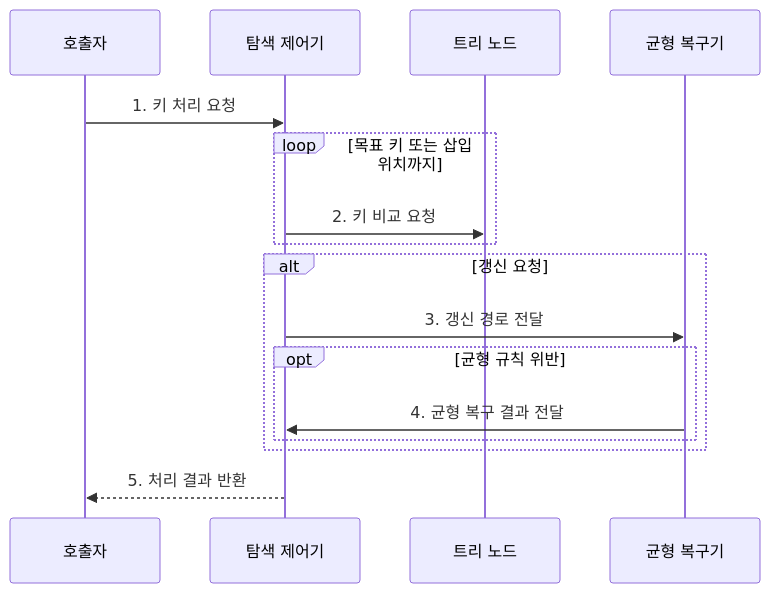
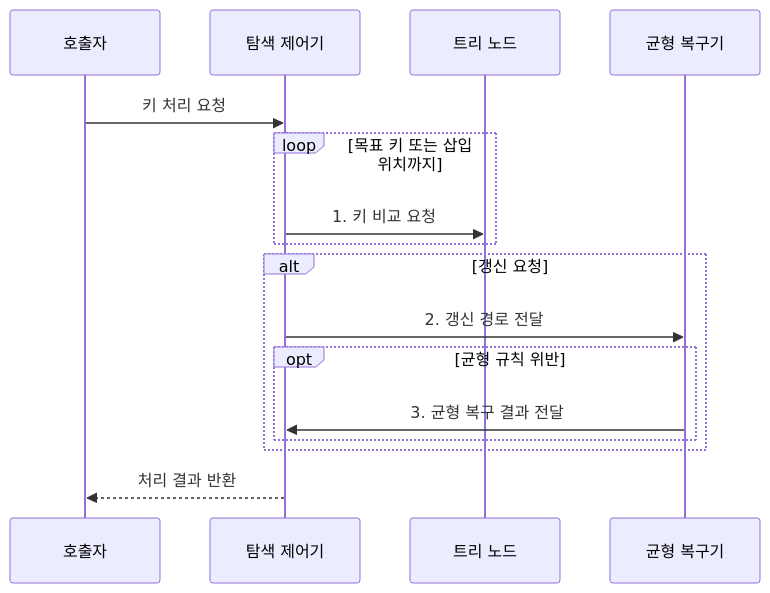
The second of 2 diagrams in src/content/docs/notes/01-basic-theory/008_tree_data_structures.md (agnusdei1207/knowledge-base), drawn with Mermaid before and after one commit. The commit also changed other lines of this file and 17 other files, not shown here.

````diff
--- a/src/content/docs/notes/01-basic-theory/008_tree_data_structures.md
+++ b/src/content/docs/notes/01-basic-theory/008_tree_data_structures.md
@@ -88,18 +88,18 @@
 ```mermaid
 sequenceDiagram
     participant Q as 호출자
     participant T as 탐색 제어기
     participant N as 트리 노드
     participant B as 균형 복구기
-    Q->>T: 1. 키 처리 요청
+    Q->>T: 키 처리 요청
     loop 목표 키 또는 삽입 위치까지
-        T->>N: 2. 키 비교 요청
+        T->>N: 1. 키 비교 요청
     end
     alt 갱신 요청
-        T->>B: 3. 갱신 경로 전달
+        T->>B: 2. 갱신 경로 전달
         opt 균형 규칙 위반
-            B->>T: 4. 균형 복구 결과 전달
+            B->>T: 3. 균형 복구 결과 전달
         end
     end
-    T-->>Q: 5. 처리 결과 반환
+    T-->>Q: 처리 결과 반환
 ```
````
